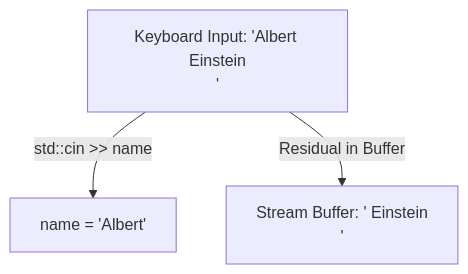
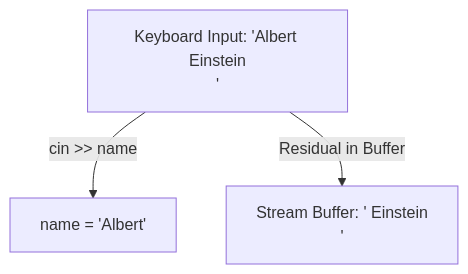
Before and after one commit to MiniLux0/LearningCpp: the diagram in 02_BasicSyntax/theory/L08_UserInput.md, drawn with Mermaid. The commit also changed other lines of this file and 97 other files, not shown here.

````diff
--- a/02_BasicSyntax/theory/L08_UserInput.md
+++ b/02_BasicSyntax/theory/L08_UserInput.md
@@ -29,5 +29,5 @@
 ```mermaid
 graph TD
-    Input["Keyboard Input: 'Albert Einstein\n'"] -->|std::cin >> name| Part1["name = 'Albert'"]
+    Input["Keyboard Input: 'Albert Einstein\n'"] -->|cin >> name| Part1["name = 'Albert'"]
     Input -->|Residual in Buffer| Buffer["Stream Buffer: ' Einstein\n'"]
 ```
````
